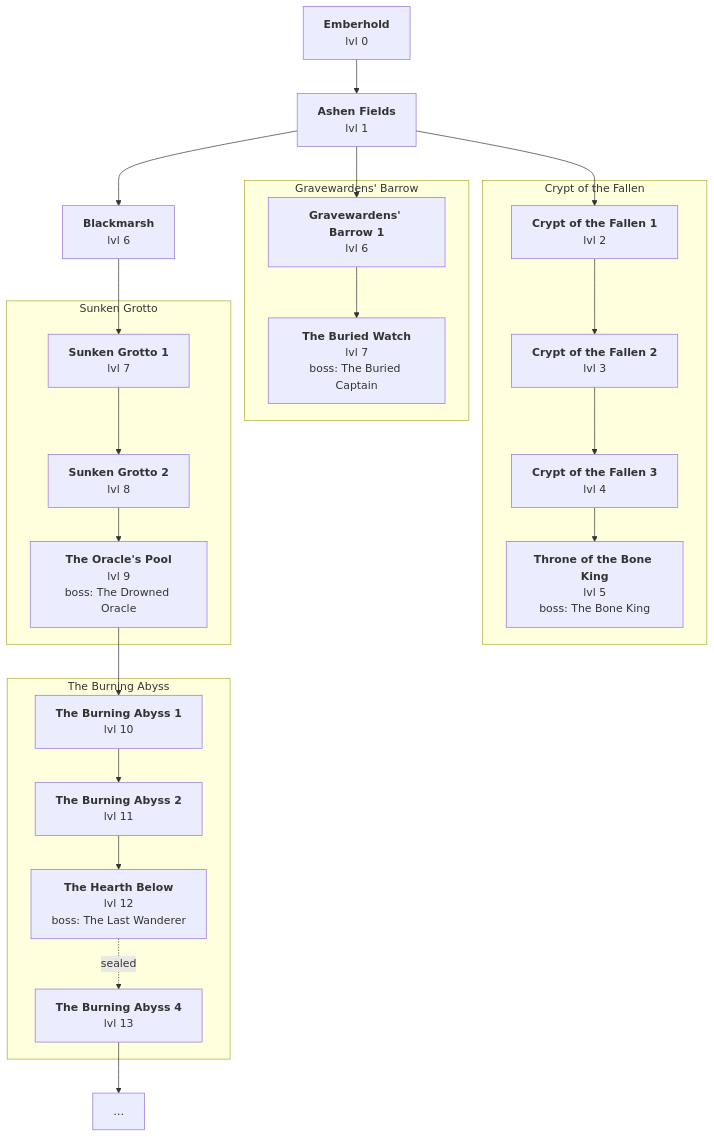
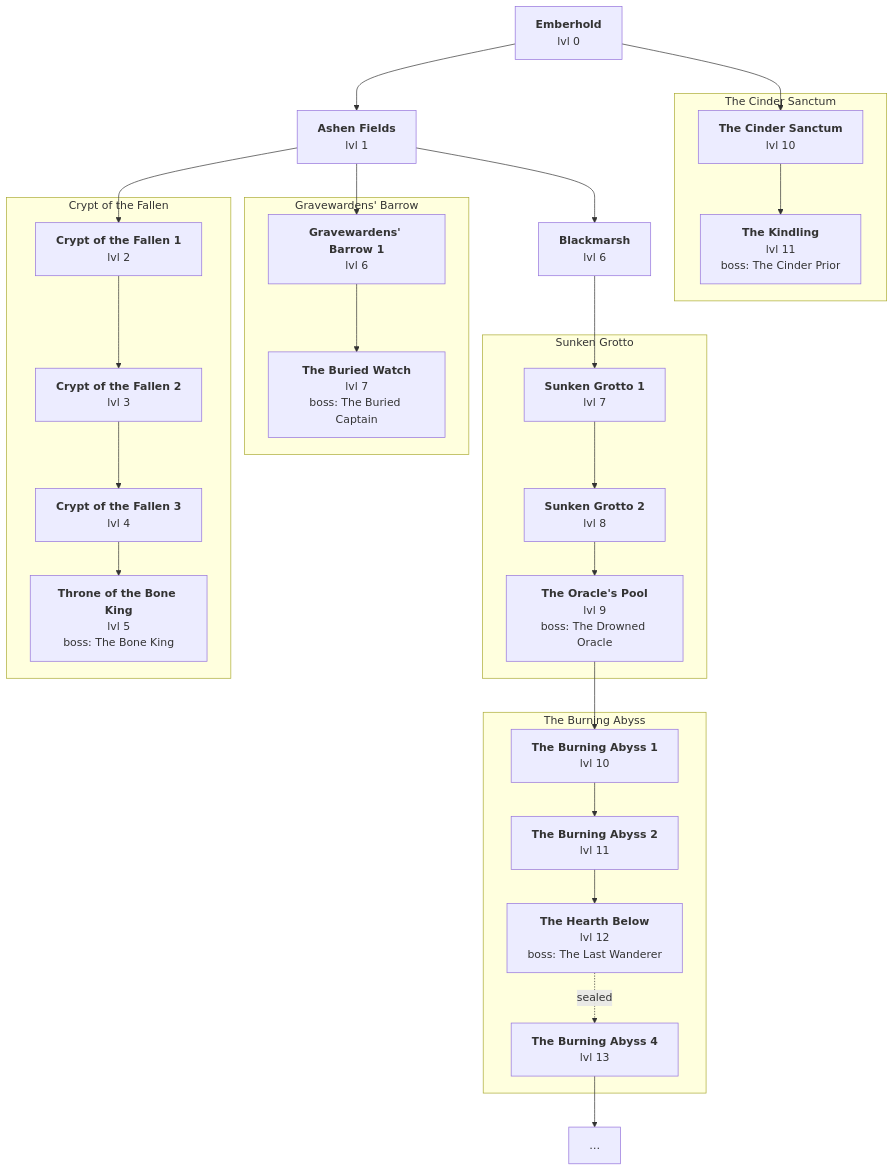
The diagram in docs/world.md (antonmedv/termablo), drawn with Mermaid before and after one commit. The commit also changed 40 other files, not shown here.

````diff
--- a/docs/world.md
+++ b/docs/world.md
@@ -5,43 +5,49 @@
 ```mermaid
 flowchart TD
     town["<b>Emberhold</b><br/>lvl 0"]
     fields["<b>Ashen Fields</b><br/>lvl 1"]
     marsh["<b>Blackmarsh</b><br/>lvl 6"]
+    subgraph sanctum [The Cinder Sanctum]
+        sanctum1["<b>The Cinder Sanctum</b><br/>lvl 10"]
+        sanctum2["<b>The Kindling</b><br/>lvl 11<br/>boss: The Cinder Prior"]
+    end
     subgraph crypt [Crypt of the Fallen]
         crypt1["<b>Crypt of the Fallen 1</b><br/>lvl 2"]
         crypt2["<b>Crypt of the Fallen 2</b><br/>lvl 3"]
         crypt3["<b>Crypt of the Fallen 3</b><br/>lvl 4"]
         crypt4["<b>Throne of the Bone King</b><br/>lvl 5<br/>boss: The Bone King"]
     end
     subgraph barrow [Gravewardens' Barrow]
         barrow1["<b>Gravewardens' Barrow 1</b><br/>lvl 6"]
         barrow2["<b>The Buried Watch</b><br/>lvl 7<br/>boss: The Buried Captain"]
     end
     subgraph grotto [Sunken Grotto]
         grotto1["<b>Sunken Grotto 1</b><br/>lvl 7"]
         grotto2["<b>Sunken Grotto 2</b><br/>lvl 8"]
         grotto3["<b>The Oracle's Pool</b><br/>lvl 9<br/>boss: The Drowned Oracle"]
     end
     subgraph abyss [The Burning Abyss]
         abyss1["<b>The Burning Abyss 1</b><br/>lvl 10"]
         abyss2["<b>The Burning Abyss 2</b><br/>lvl 11"]
         abyss3["<b>The Hearth Below</b><br/>lvl 12<br/>boss: The Last Wanderer"]
         abyss4["<b>The Burning Abyss 4</b><br/>lvl 13"]
     end
     town --> fields
+    town --> sanctum1
     fields --> crypt1
     fields --> barrow1
     fields --> marsh
+    sanctum1 --> sanctum2
     crypt1 --> crypt2
     barrow1 --> barrow2
     marsh --> grotto1
     crypt2 --> crypt3
     grotto1 --> grotto2
     crypt3 --> crypt4
     grotto2 --> grotto3
     grotto3 --> abyss1
     abyss1 --> abyss2
     abyss2 --> abyss3
     abyss3 -. sealed .-> abyss4
     abyss4 --> abyss4_more["…"]
 ```
````
